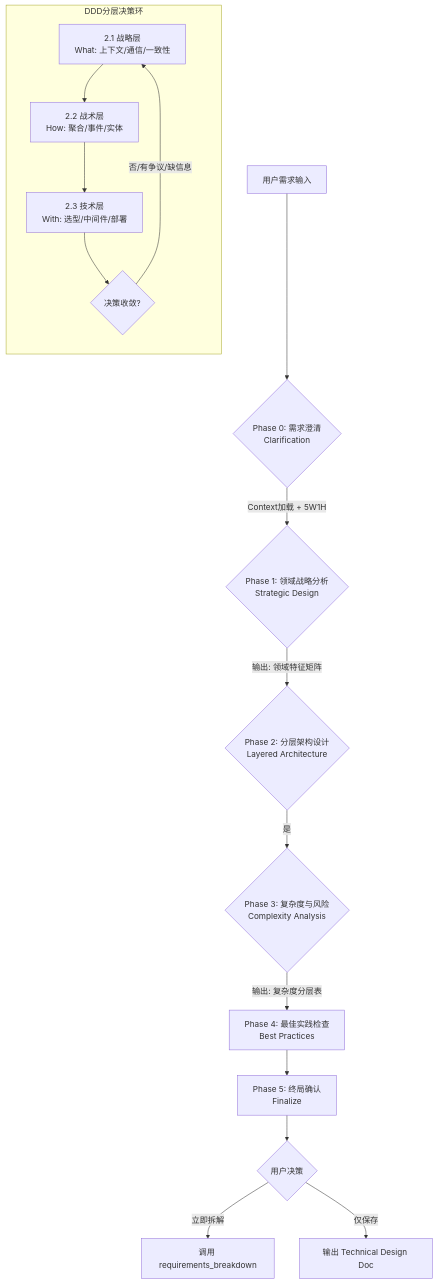
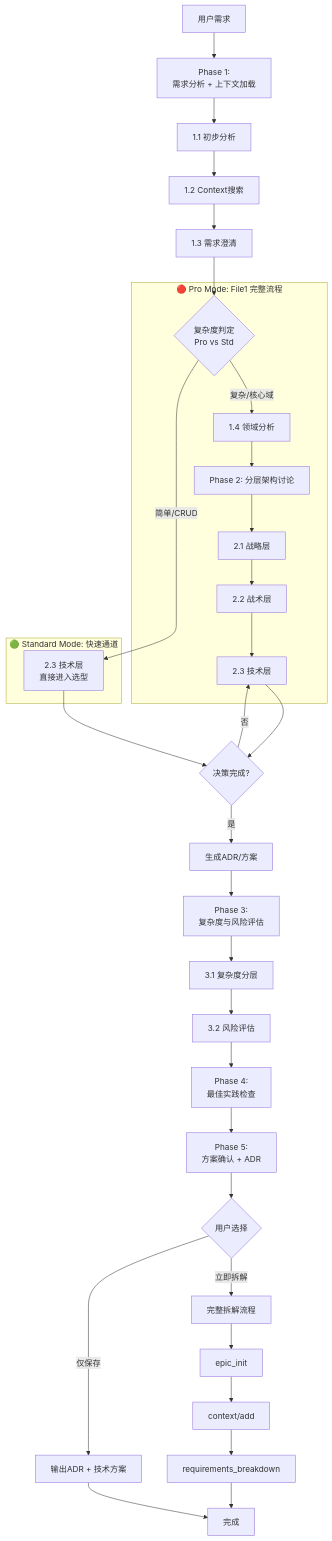
The first of 5 diagrams in .the_conn/playbooks/planning/requirements_review.md (Lockeysama/TheConn), drawn with Mermaid before and after one commit. The commit also changed other lines of this file, not shown here.

First line of the commit message:
refactor: Revise requirements review playbook to enhance clarity and structure

````diff
--- a/.the_conn/playbooks/planning/requirements_review.md
+++ b/.the_conn/playbooks/planning/requirements_review.md
@@ -24,23 +94,43 @@
 ```mermaid
 graph TD
-    Start[用户需求输入] --> P0{Phase 0: 需求澄清<br/>Clarification}
-    P0 -->|Context加载 + 5W1H| P1{Phase 1: 领域战略分析<br/>Strategic Design}
+    Start[用户需求] --> P1[Phase 1:<br/>需求分析 + 上下文加载]
     
-    P1 -->|输出: 领域特征矩阵| P2{Phase 2: 分层架构设计<br/>Layered Architecture}
+    P1 --> P1_1[1.1 初步分析]
+    P1_1 --> P1_2[1.2 Context搜索]
+    P1_2 --> P1_3[1.3 需求澄清]
     
-    subgraph P2_Loop [DDD分层决策环]
-        direction TB
-        S1[2.1 战略层<br/>What: 上下文/通信/一致性] --> S2[2.2 战术层<br/>How: 聚合/事件/实体]
-        S2 --> S3[2.3 技术层<br/>With: 选型/中间件/部署]
-        S3 --> Check{决策收敛?}
-        Check -->|否/有争议/缺信息| S1
+    P1_3 --> Router{复杂度判定<br/>Pro vs Std}
+    
+    subgraph Pro_Mode [🔴 Pro Mode: File1 完整流程]
+        Router -->|复杂/核心域| P1_4[1.4 领域分析]
+        P1_4 --> P2_Pro[Phase 2: 分层架构讨论]
+        P2_Pro --> P2_1[2.1 战略层]
+        P2_1 --> P2_2[2.2 战术层]
+        P2_2 --> P2_3_Pro[2.3 技术层]
     end
     
-    P2 -->|是| P3{Phase 3: 复杂度与风险<br/>Complexity Analysis}
-    P3 -->|输出: 复杂度分层表| P4[Phase 4: 最佳实践检查<br/>Best Practices]
-    P4 --> P5[Phase 5: 终局确认<br/>Finalize]
+    subgraph Std_Mode [🟢 Standard Mode: 快速通道]
+        Router -->|简单/CRUD| P2_3_Std[2.3 技术层<br/>直接进入选型]
+    end
     
-    P5 --> End{用户决策}
-    End -->|立即拆解| Flow[调用 requirements_breakdown]
-    End -->|仅保存| Doc[输出 Technical Design Doc]
+    P2_3_Pro & P2_3_Std --> P2Check{决策完成?}
+    P2Check -->|否| P2_3_Pro
+    P2Check -->|是| P2_Summary[生成ADR/方案]
+    
+    P2_Summary --> P3[Phase 3:<br/>复杂度与风险评估]
+    P3 --> P3_1[3.1 复杂度分层]
+    P3_1 --> P3_2[3.2 风险评估]
+    
+    P3_2 --> P4[Phase 4:<br/>最佳实践检查]
+    P4 --> P5[Phase 5:<br/>方案确认 + ADR]
+    
+    P5 --> Choice{用户选择}
+    Choice -->|立即拆解| Flow[完整拆解流程]
+    Choice -->|仅保存| Doc[输出ADR + 技术方案]
+    
+    Flow --> F1[epic_init]
+    F1 --> F2[context/add]
+    F2 --> F3[requirements_breakdown]
+    F3 --> Done[完成]
+    Doc --> Done
 ```
````
